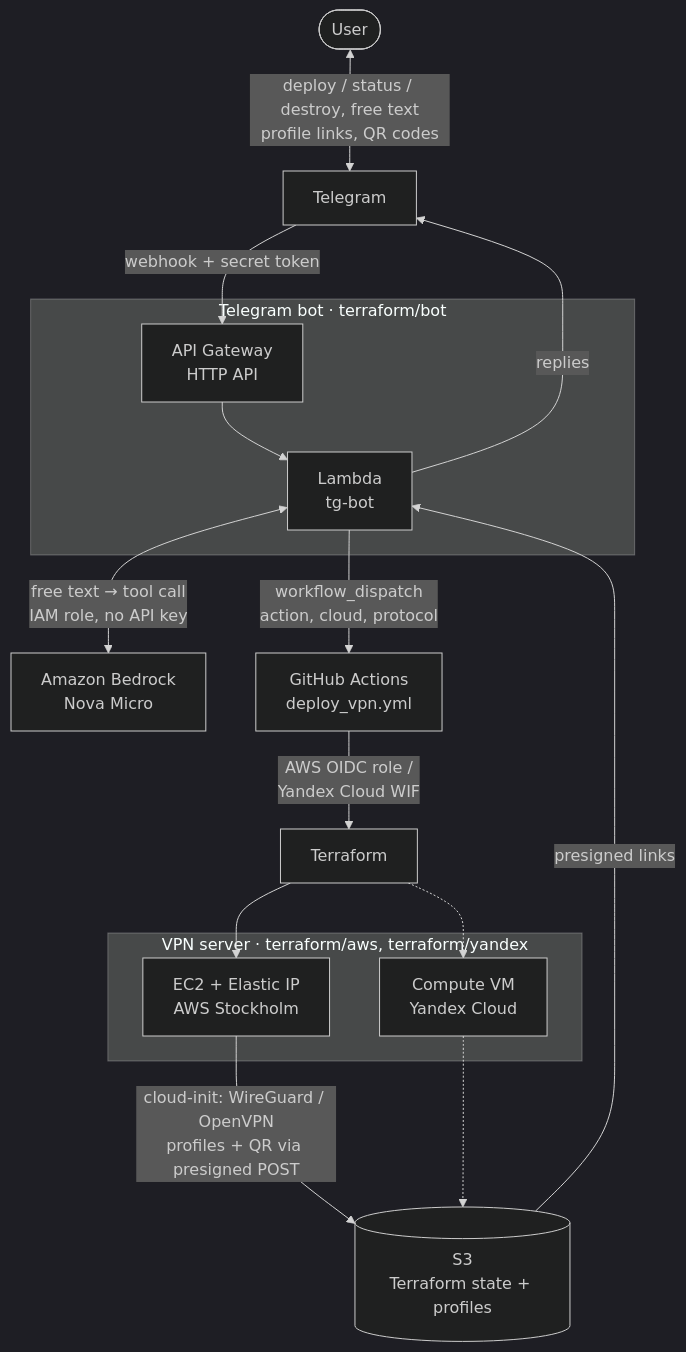
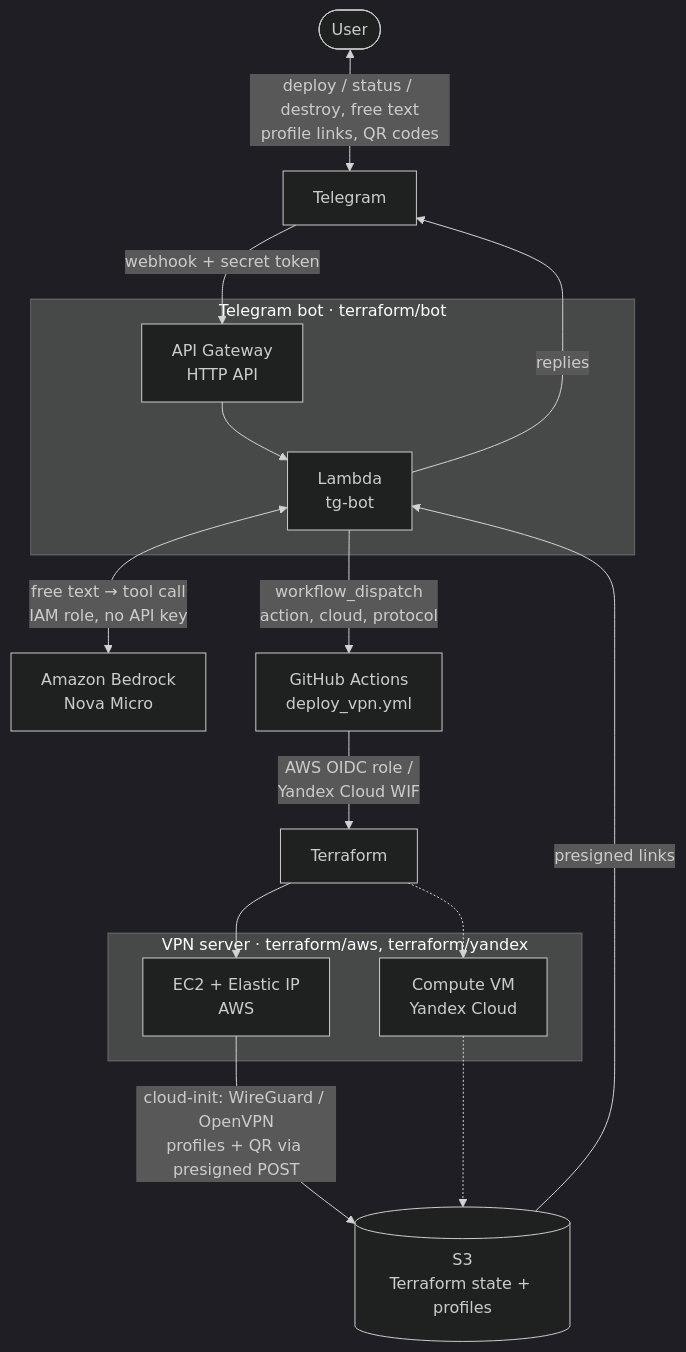
One commit to eosklv/Telegram-VPN changed the diagram in README.md. Above: the diagram before and after it, drawn with Mermaid (dark theme). The commit also changed other lines of this file and 13 other files, not shown here.

````diff
--- a/README.md
+++ b/README.md
@@ -69,25 +89,25 @@
 ```mermaid
 flowchart TD
     user(["User"]) <-->|"deploy / status / destroy, free text<br/>profile links, QR codes"| tg["Telegram"]
     tg -->|"webhook + secret token"| api
 
     subgraph bot_stack["Telegram bot · terraform/bot"]
         api["API Gateway<br/>HTTP API"] --> bot["Lambda<br/>tg-bot"]
     end
 
     bot <-->|"free text → tool call<br/>IAM role, no API key"| llm["Amazon Bedrock<br/>Nova Micro"]
     bot -->|"workflow_dispatch<br/>action, cloud, protocol"| gha["GitHub Actions<br/>deploy_vpn.yml"]
     gha -->|"AWS OIDC role /<br/>Yandex Cloud WIF"| tf["Terraform"]
 
     subgraph servers["VPN server · terraform/aws, terraform/yandex"]
-        ec2["EC2 + Elastic IP<br/>AWS Stockholm"]
+        ec2["EC2 + Elastic IP<br/>AWS"]
         ycvm["Compute VM<br/>Yandex Cloud"]
     end
 
     tf --> ec2
     tf -.-> ycvm
     ec2 -->|"cloud-init: WireGuard / OpenVPN<br/>profiles + QR via presigned POST"| s3[("S3<br/>Terraform state + profiles")]
     ycvm -.-> s3
     s3 -->|"presigned links"| bot
     bot -->|"replies"| tg
 ```
````
